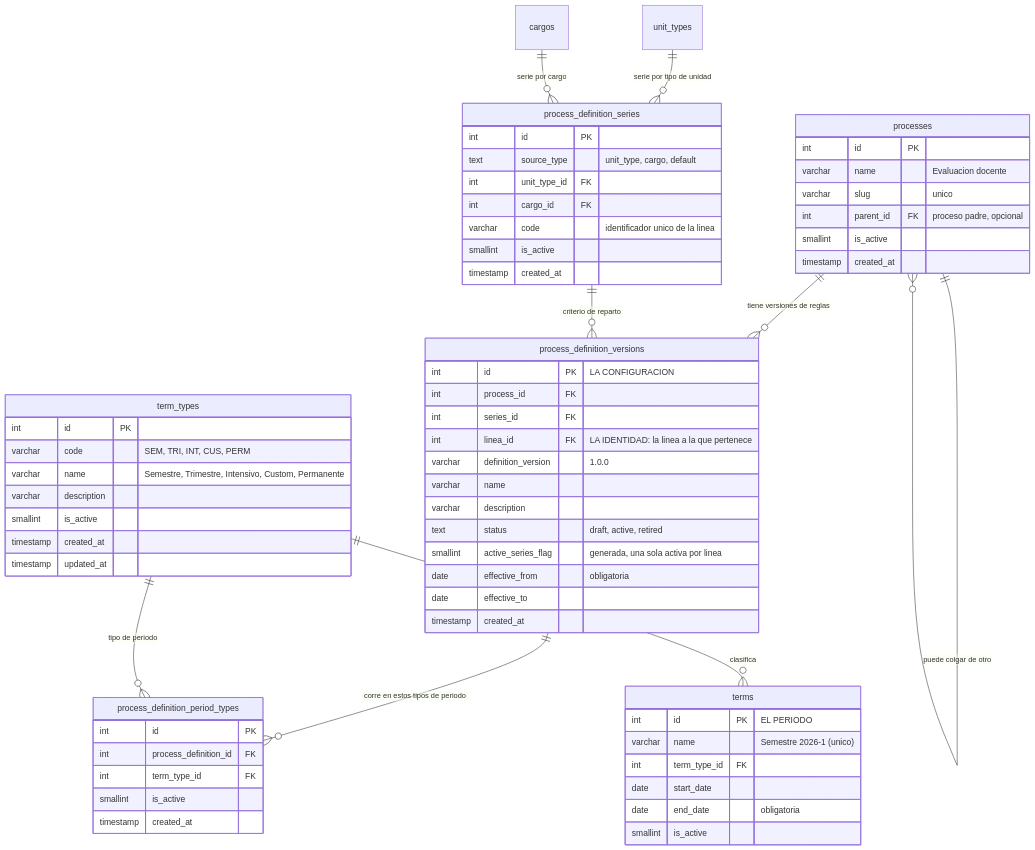
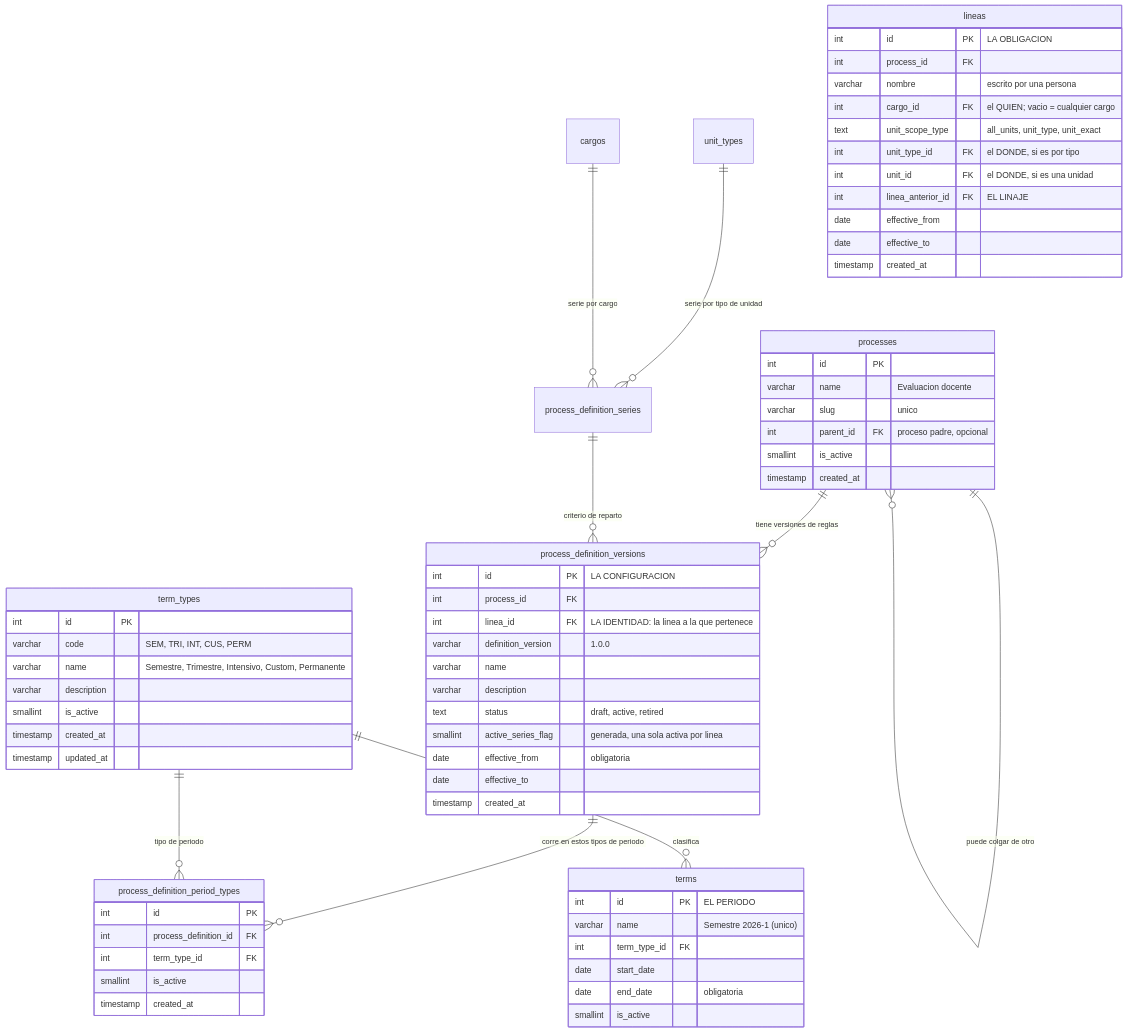
The diagram in docs/src/content/docs/modelo/proceso.md (fresvel/deasy), drawn with Mermaid before and after one commit. The commit also changed other lines of this file and 62 other files, not shown here.

````diff
--- a/docs/src/content/docs/modelo/proceso.md
+++ b/docs/src/content/docs/modelo/proceso.md
@@ -133,67 +129,70 @@
 ```mermaid
 erDiagram
   processes ||--o{ process_definition_versions : "tiene versiones de reglas"
   processes ||--o{ processes : "puede colgar de otro"
   process_definition_series ||--o{ process_definition_versions : "criterio de reparto"
   unit_types ||--o{ process_definition_series : "serie por tipo de unidad"
   cargos ||--o{ process_definition_series : "serie por cargo"
   process_definition_versions ||--o{ process_definition_period_types : "corre en estos tipos de periodo"
   term_types ||--o{ process_definition_period_types : "tipo de periodo"
   term_types ||--o{ terms : "clasifica"
 
   processes {
     int id PK
     varchar name "Evaluacion docente"
     varchar slug "unico"
     int parent_id FK "proceso padre, opcional"
     smallint is_active
     timestamp created_at
   }
-  process_definition_series {
-    int id PK
-    text source_type "unit_type, cargo, default"
-    int unit_type_id FK
-    int cargo_id FK
-    varchar code "identificador unico de la linea"
-    smallint is_active
+  lineas {
+    int id PK "LA OBLIGACION"
+    int process_id FK
+    varchar nombre "escrito por una persona"
+    int cargo_id FK "el QUIEN; vacio = cualquier cargo"
+    text unit_scope_type "all_units, unit_type, unit_exact"
+    int unit_type_id FK "el DONDE, si es por tipo"
+    int unit_id FK "el DONDE, si es una unidad"
+    int linea_anterior_id FK "EL LINAJE"
+    date effective_from
+    date effective_to
     timestamp created_at
   }
   process_definition_versions {
     int id PK "LA CONFIGURACION"
     int process_id FK
-    int series_id FK
     int linea_id FK "LA IDENTIDAD: la linea a la que pertenece"
     varchar definition_version "1.0.0"
     varchar name
     varchar description
     text status "draft, active, retired"
     smallint active_series_flag "generada, una sola activa por linea"
     date effective_from "obligatoria"
     date effective_to
     timestamp created_at
   }
   process_definition_period_types {
     int id PK
     int process_definition_id FK
     int term_type_id FK
     smallint is_active
     timestamp created_at
   }
   term_types {
     int id PK
     varchar code "SEM, TRI, INT, CUS, PERM"
     varchar name "Semestre, Trimestre, Intensivo, Custom, Permanente"
     varchar description
     smallint is_active
     timestamp created_at
     timestamp updated_at
   }
   terms {
     int id PK "EL PERIODO"
     varchar name "Semestre 2026-1 (unico)"
     int term_type_id FK
     date start_date
     date end_date "obligatoria"
     smallint is_active
   }
 ```
````
